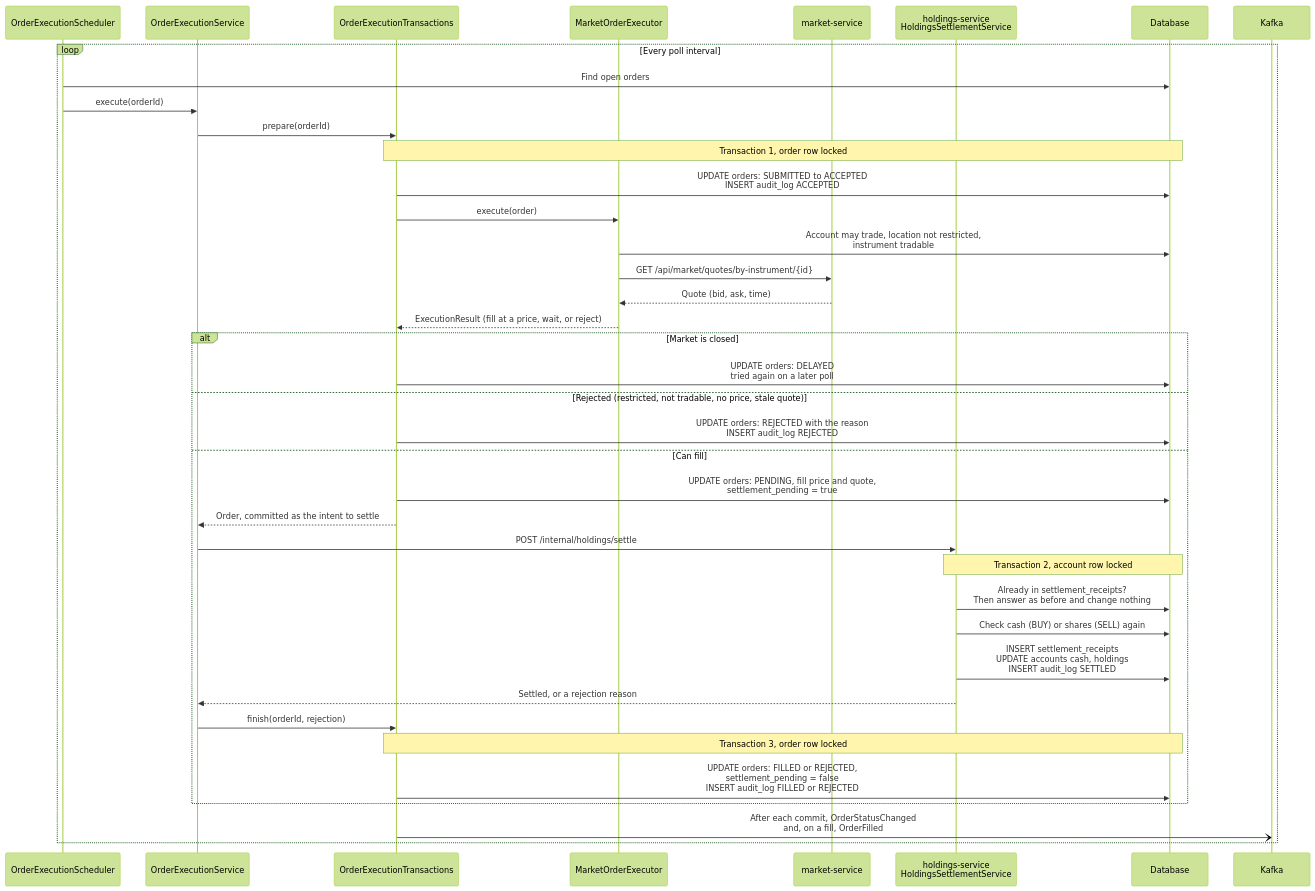
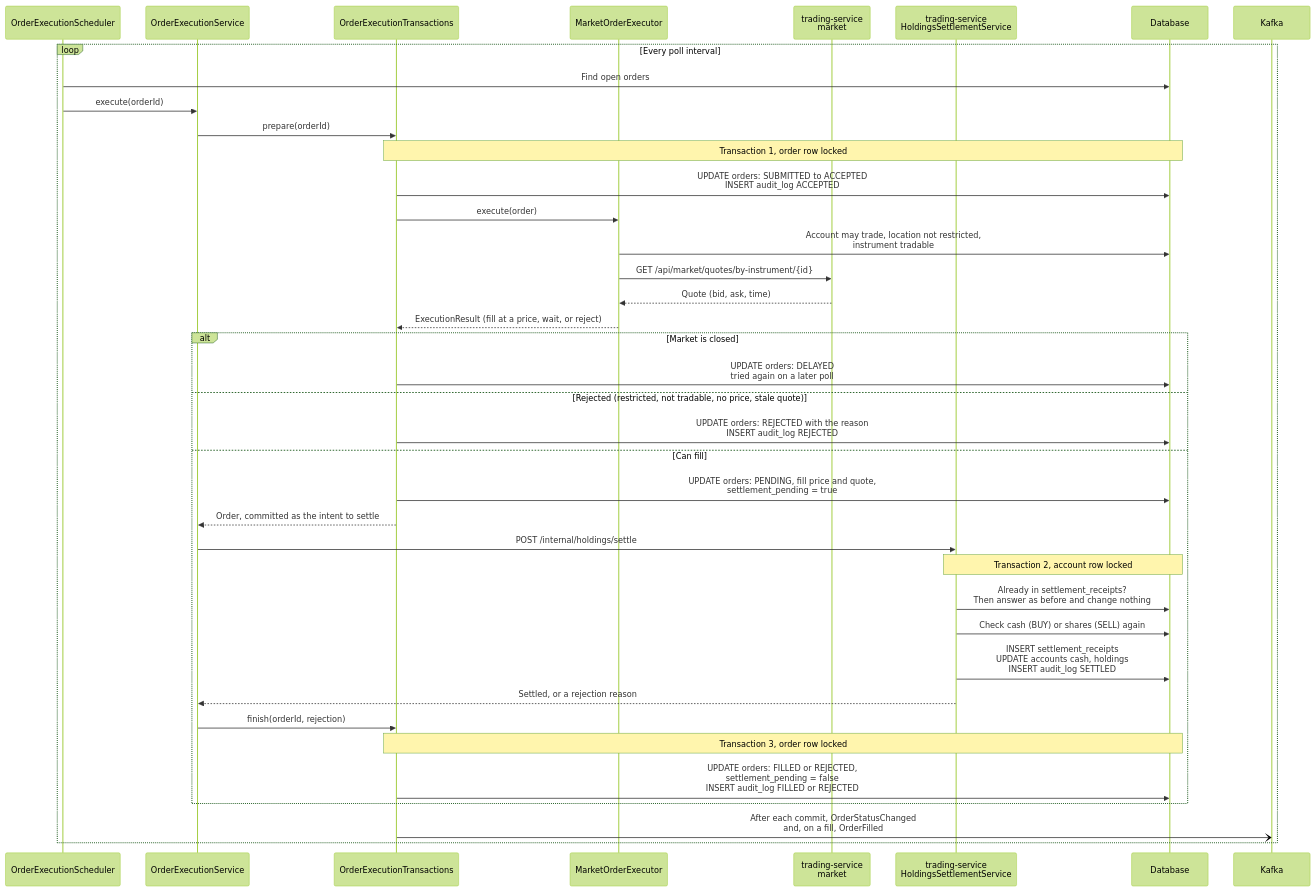
Before and after one commit to aditya0774/LeMarketJames: the fifth of 5 diagrams in README.md, drawn with Mermaid (forest theme). The commit also changed other lines of this file and 554 other files, not shown here.

````diff
--- a/README.md
+++ b/README.md
@@ -1395,43 +1355,43 @@
 ```mermaid
 sequenceDiagram
     participant Scheduler as OrderExecutionScheduler
     participant ExecutionService as OrderExecutionService
     participant Transactions as OrderExecutionTransactions
     participant Executor as MarketOrderExecutor
-    participant Market as market-service
-    participant Settlement as holdings-service<br/>HoldingsSettlementService
+    participant Market as trading-service<br/>market
+    participant Settlement as trading-service<br/>HoldingsSettlementService
     participant Database
     participant Kafka
 
     loop Every poll interval
         Scheduler->>Database: Find open orders
         Scheduler->>ExecutionService: execute(orderId)
         ExecutionService->>Transactions: prepare(orderId)
         Note over Transactions,Database: Transaction 1, order row locked
         Transactions->>Database: UPDATE orders: SUBMITTED to ACCEPTED<br/>INSERT audit_log ACCEPTED
         Transactions->>Executor: execute(order)
         Executor->>Database: Account may trade, location not restricted,<br/>instrument tradable
         Executor->>Market: GET /api/market/quotes/by-instrument/{id}
         Market-->>Executor: Quote (bid, ask, time)
         Executor-->>Transactions: ExecutionResult (fill at a price, wait, or reject)
 
         alt Market is closed
             Transactions->>Database: UPDATE orders: DELAYED<br/>tried again on a later poll
         else Rejected (restricted, not tradable, no price, stale quote)
             Transactions->>Database: UPDATE orders: REJECTED with the reason<br/>INSERT audit_log REJECTED
         else Can fill
             Transactions->>Database: UPDATE orders: PENDING, fill price and quote,<br/>settlement_pending = true
             Transactions-->>ExecutionService: Order, committed as the intent to settle
             ExecutionService->>Settlement: POST /internal/holdings/settle
             Note over Settlement,Database: Transaction 2, account row locked
             Settlement->>Database: Already in settlement_receipts?<br/>Then answer as before and change nothing
             Settlement->>Database: Check cash (BUY) or shares (SELL) again
             Settlement->>Database: INSERT settlement_receipts<br/>UPDATE accounts cash, holdings<br/>INSERT audit_log SETTLED
             Settlement-->>ExecutionService: Settled, or a rejection reason
             ExecutionService->>Transactions: finish(orderId, rejection)
             Note over Transactions,Database: Transaction 3, order row locked
             Transactions->>Database: UPDATE orders: FILLED or REJECTED,<br/>settlement_pending = false<br/>INSERT audit_log FILLED or REJECTED
         end
         Transactions-)Kafka: After each commit, OrderStatusChanged<br/>and, on a fill, OrderFilled
     end
 ```
````
